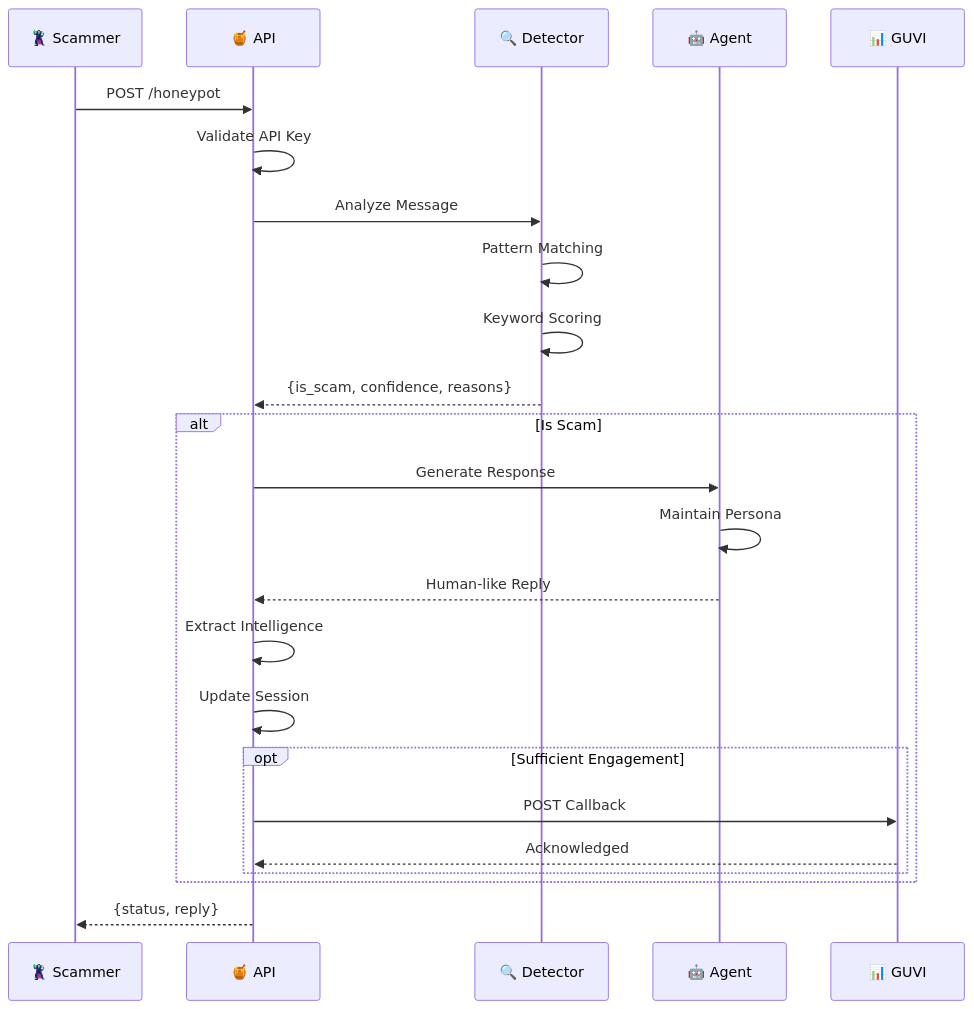
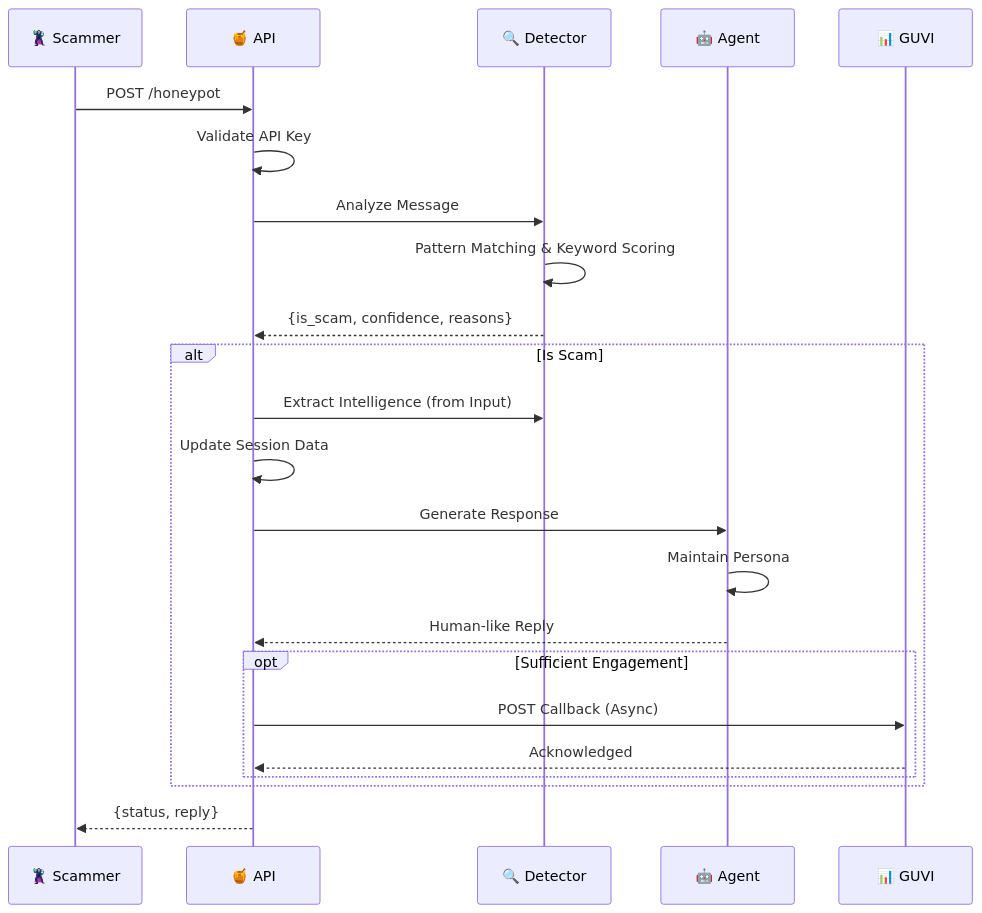
The third of 7 diagrams in README.md (kvpradeep279/Agentic-Honey-Pot-for-Scam-Detection-Intelligence-Extraction), drawn with Mermaid before and after one commit. The commit also changed other lines of this file, not shown here.

````diff
--- a/README.md
+++ b/README.md
@@ -205,30 +205,30 @@
 ```mermaid
 sequenceDiagram
     participant S as 🦹 Scammer
     participant A as 🍯 API
     participant D as 🔍 Detector
     participant AI as 🤖 Agent
     participant G as 📊 GUVI
 
     S->>A: POST /honeypot
     A->>A: Validate API Key
     A->>D: Analyze Message
-    D->>D: Pattern Matching
-    D->>D: Keyword Scoring
+    D->>D: Pattern Matching & Keyword Scoring
     D-->>A: {is_scam, confidence, reasons}
     
     alt Is Scam
+        A->>D: Extract Intelligence (from Input)
+        A->>A: Update Session Data
+        
         A->>AI: Generate Response
         AI->>AI: Maintain Persona
         AI-->>A: Human-like Reply
-        A->>A: Extract Intelligence
-        A->>A: Update Session
         
         opt Sufficient Engagement
-            A->>G: POST Callback
+            A->>G: POST Callback (Async)
             G-->>A: Acknowledged
         end
     end
     
     A-->>S: {status, reply}
 ```
````
